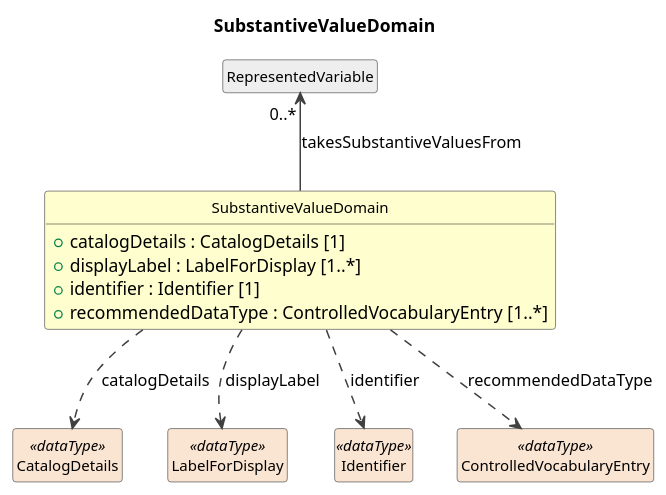
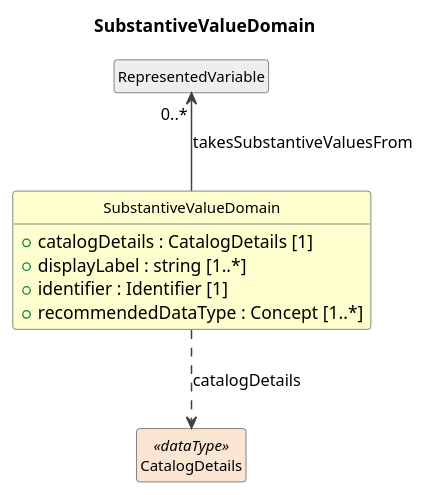
Before and after one commit to Cross-Domain-Interoperability-Framework/metadataBuildingBlocks: the diagram in build/plantuml/cdifDataStructure/Classes/SubstantiveValueDomain.pu, drawn with PlantUML. The commit also changed 237 other files, not shown here.

```diff
--- a/build/plantuml/cdifDataStructure/Classes/SubstantiveValueDomain.pu
+++ b/build/plantuml/cdifDataStructure/Classes/SubstantiveValueDomain.pu
@@ -1,30 +1,24 @@
 @startuml
 title SubstantiveValueDomain
 hide circle
 hide empty members
 skinparam shadowing false
 skinparam ArrowThickness 1.2
 skinparam class {
   ArrowColor #404040
   BorderColor #404040
   FontSize 12
 }
 
 class "SubstantiveValueDomain" as SubstantiveValueDomain #FEFECE {
   +catalogDetails : CatalogDetails [1]
-  +displayLabel : LabelForDisplay [1..*]
+  +displayLabel : string [1..*]
   +identifier : Identifier [1]
-  +recommendedDataType : ControlledVocabularyEntry [1..*]
+  +recommendedDataType : Concept [1..*]
 }
 class "RepresentedVariable" as RepresentedVariable #EEEEEE
 RepresentedVariable "0..*" <-- SubstantiveValueDomain : takesSubstantiveValuesFrom
 class "CatalogDetails" as CatalogDetails <<dataType>> #FAE5D3
 SubstantiveValueDomain ..> CatalogDetails : catalogDetails
-class "LabelForDisplay" as LabelForDisplay <<dataType>> #FAE5D3
-SubstantiveValueDomain ..> LabelForDisplay : displayLabel
-class "Identifier" as Identifier <<dataType>> #FAE5D3
-SubstantiveValueDomain ..> Identifier : identifier
-class "ControlledVocabularyEntry" as ControlledVocabularyEntry <<dataType>> #FAE5D3
-SubstantiveValueDomain ..> ControlledVocabularyEntry : recommendedDataType
 
 @enduml
```
